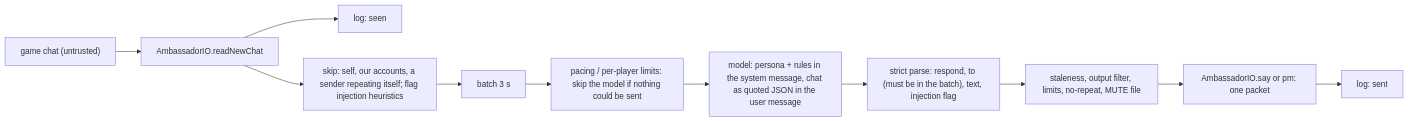
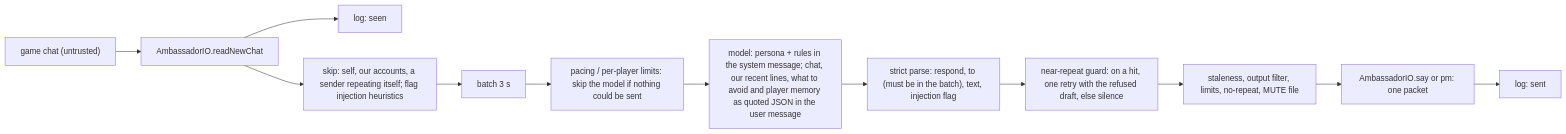
One commit to bleugreen/rs-sdk changed the diagram in docs/speedrun/AMBASSADOR.md. Above: the diagram before and after it, drawn with Mermaid. The commit also changed other lines of this file, not shown here.

Commit message:
[Build] AMBASSADOR.md: the Pebble character, prompt and per-player memory, the near-repeat guard with one retry, the variety analyser and offline replay with before/after numbers, Haiku as the recommended model

````diff
--- a/docs/speedrun/AMBASSADOR.md
+++ b/docs/speedrun/AMBASSADOR.md
@@ -9,13 +9,14 @@
 ```mermaid
 flowchart LR
   chat["game chat (untrusted)"] --> io["AmbassadorIO.readNewChat"]
   io --> seen["log: seen"]
   io --> pre["skip: self, our accounts, a sender repeating itself; flag injection heuristics"]
   pre --> batch["batch 3 s"]
   batch --> limits1["pacing / per-player limits: skip the model if nothing could be sent"]
-  limits1 --> model["model: persona + rules in the system message, chat as quoted JSON in the user message"]
+  limits1 --> model["model: persona + rules in the system message; chat, our recent lines, what to avoid and player memory as quoted JSON in the user message"]
   model --> parse["strict parse: respond, to (must be in the batch), text, injection flag"]
-  parse --> gate["staleness, output filter, limits, no-repeat, MUTE file"]
+  parse --> guard["near-repeat guard: on a hit, one retry with the refused draft, else silence"]
+  guard --> gate["staleness, output filter, limits, no-repeat, MUTE file"]
   gate --> send["AmbassadorIO.say or pm: one packet"]
   send --> sent["log: sent"]
 ```
````
